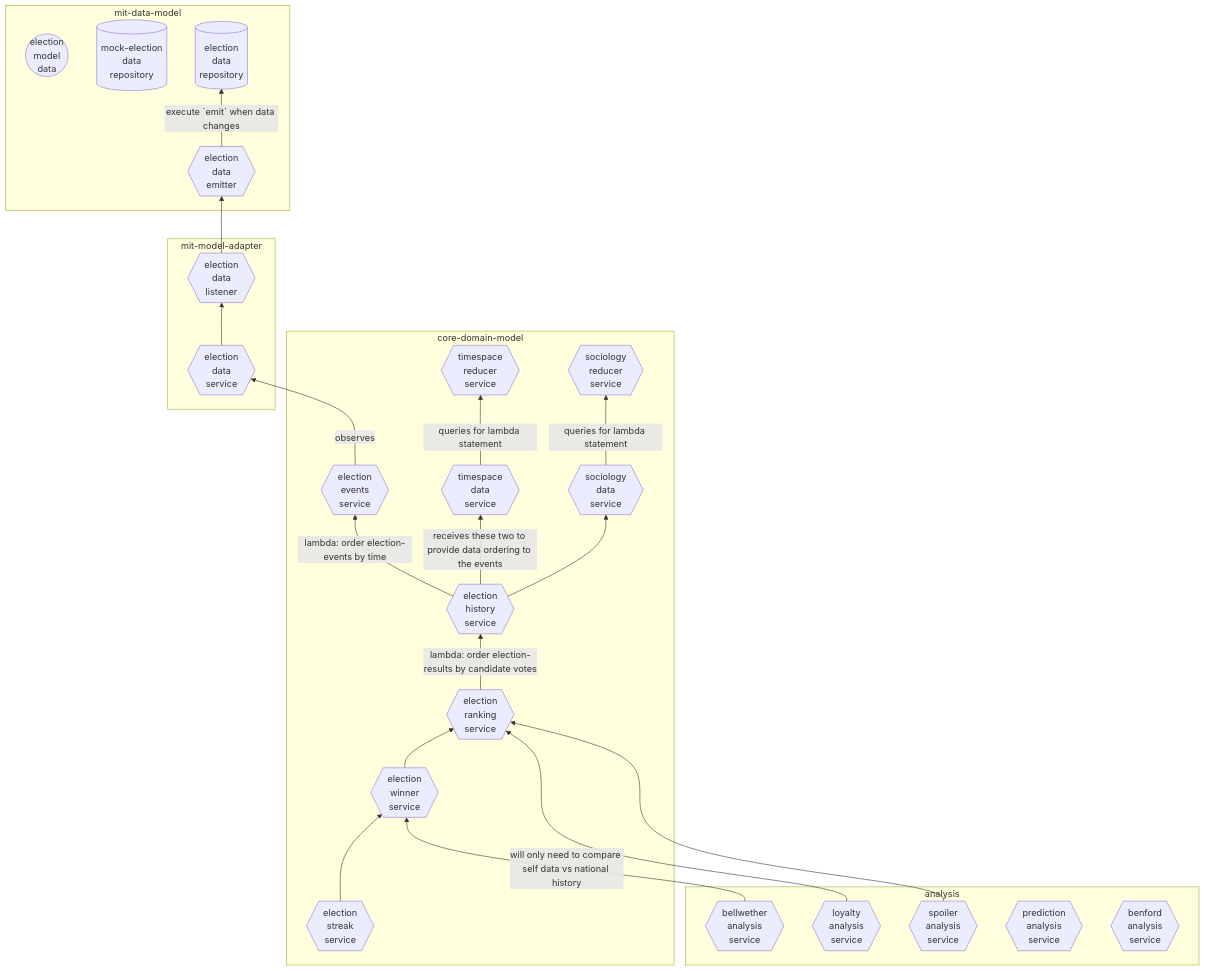
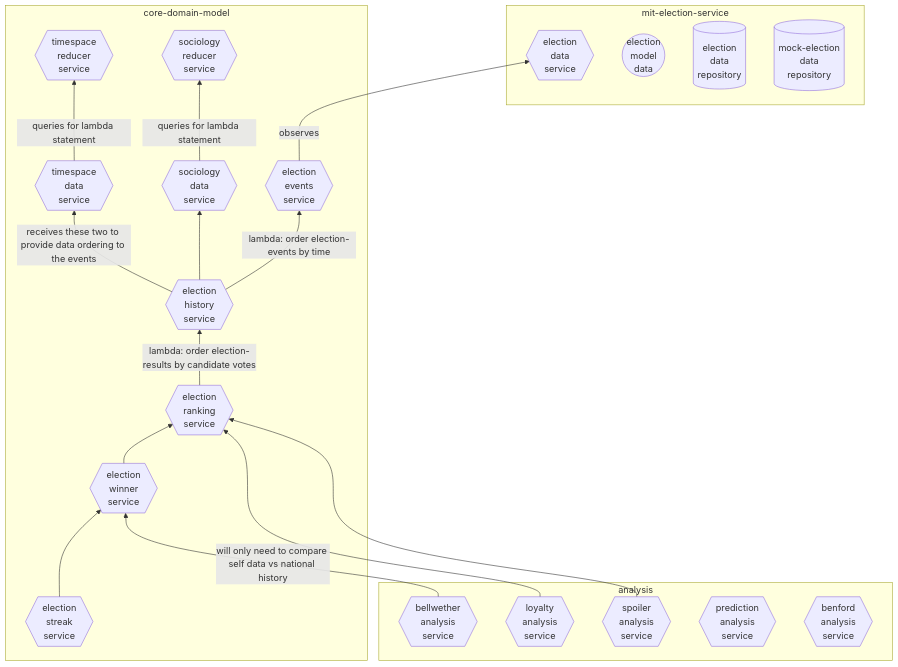
One commit to DrewStern/election-analysis changed the diagram in docs/arch/input/flow_chart.mmd. Above: the diagram before and after it, drawn with Mermaid. The commit also changed 1 other file, not shown here.

Commit message:
update flow chart

````diff
--- a/docs/arch/input/flow_chart.mmd
+++ b/docs/arch/input/flow_chart.mmd
@@ -1,51 +1,43 @@
 ```mermaid
 graph BT
 
     subgraph analysis [analysis]
     BellwetherAnalysisService{{bellwether<br>analysis<br>service}}
     LoyaltyAnalysisService{{loyalty<br>analysis<br>service}}
     SpoilerAnalysisService{{spoiler<br>analysis<br>service}}
     PredictionAnalysisService{{prediction<br>analysis<br>service}}
     BenfordAnalysisService{{benford<br>analysis<br>service}}
     end
 
     subgraph core-domain-model [core-domain-model]
     ElectionEventsService{{election<br>events<br>service}}
     TimespaceDataService{{timespace<br>data<br>service}}
     SociologyDataService{{sociology<br>data<br>service}}
     TimespaceReducerService{{timespace<br>reducer<br>service}}
     SociologyReducerService{{sociology<br>reducer<br>service}}
     ElectionHistoryService{{election<br>history<br>service}}
     ElectionRankingService{{election<br>ranking<br>service}}
     ElectionWinnerService{{election<br>winner<br>service}}
     ElectionStreakService{{election<br>streak<br>service}}
     end
 
-    subgraph mit-model-adapter [mit-model-adapter]
-    ElectionDataListener{{election<br>data<br>listener}}
+    subgraph mit-election-service [mit-election-service]
     ElectionDataService{{election<br>data<br>service}}
+    ElectionData((election<br>model<br>data))
+    ElectionDataRepository[(election<br>data<br>repository)]
+    MockElectionDataRepository[(mock-election<br>data<br>repository)]
     end
 
-    subgraph mit-data-model [mit-data-model]
-    ElectionData((election<br>model<br>data))
-    MockElectionDataRepository[(mock-election<br>data<br>repository)]
-    ElectionDataRepository[(election<br>data<br>repository)]
-    ElectionDataEmitter{{election<br>data<br>emitter}}
-    end
-
-    ElectionDataEmitter -->|execute `emit` when data changes| ElectionDataRepository
-    ElectionDataListener --> ElectionDataEmitter
-    ElectionDataService --> ElectionDataListener
     ElectionEventsService -->|observes| ElectionDataService
     ElectionHistoryService -->|lambda: order election-events by time| ElectionEventsService
     ElectionHistoryService -->|receives these two to provide data ordering to the events| TimespaceDataService
     ElectionHistoryService --> SociologyDataService
     ElectionRankingService -->|lambda: order election-results by candidate votes| ElectionHistoryService
     TimespaceDataService -->|queries for lambda statement| TimespaceReducerService
     SociologyDataService -->|queries for lambda statement| SociologyReducerService
     ElectionWinnerService --> ElectionRankingService
     ElectionStreakService --> ElectionWinnerService
     BellwetherAnalysisService -->|will only need to compare self data vs national history| ElectionWinnerService
     LoyaltyAnalysisService --> ElectionRankingService
     SpoilerAnalysisService --> ElectionRankingService
 ```
````
